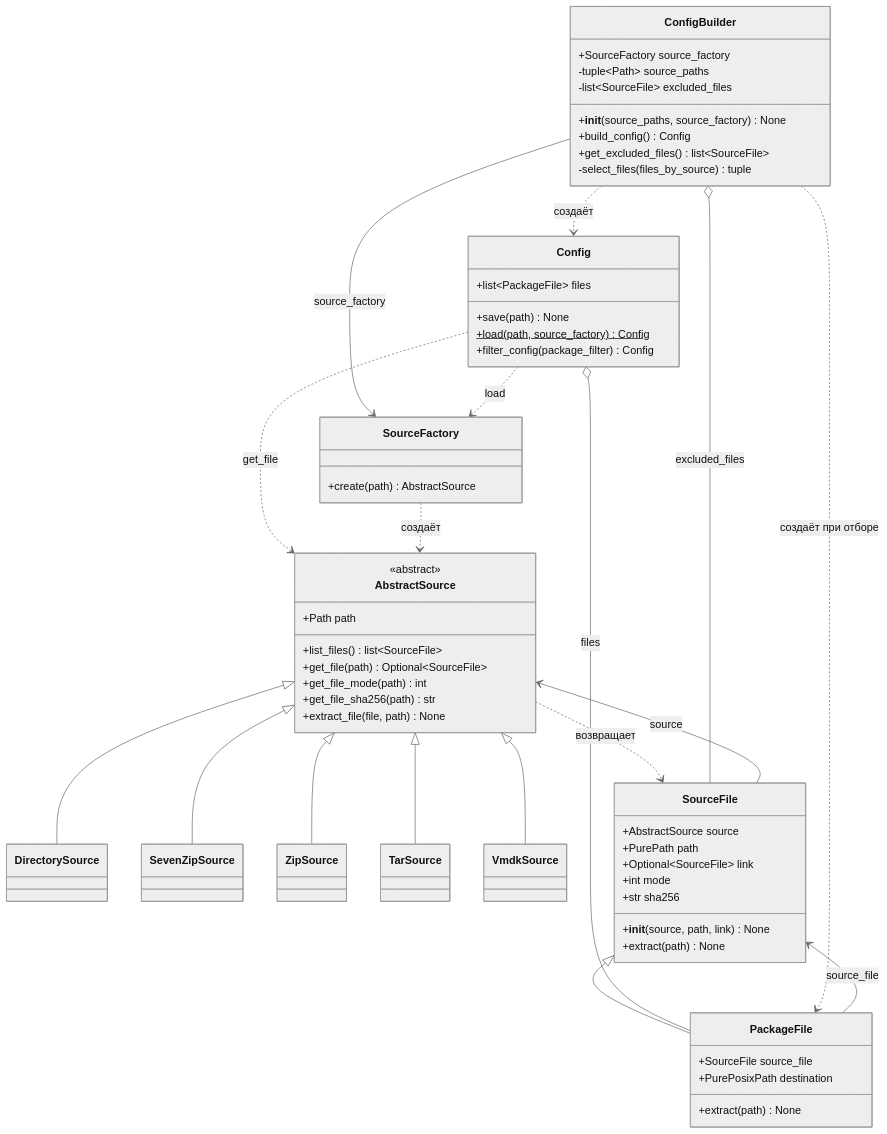
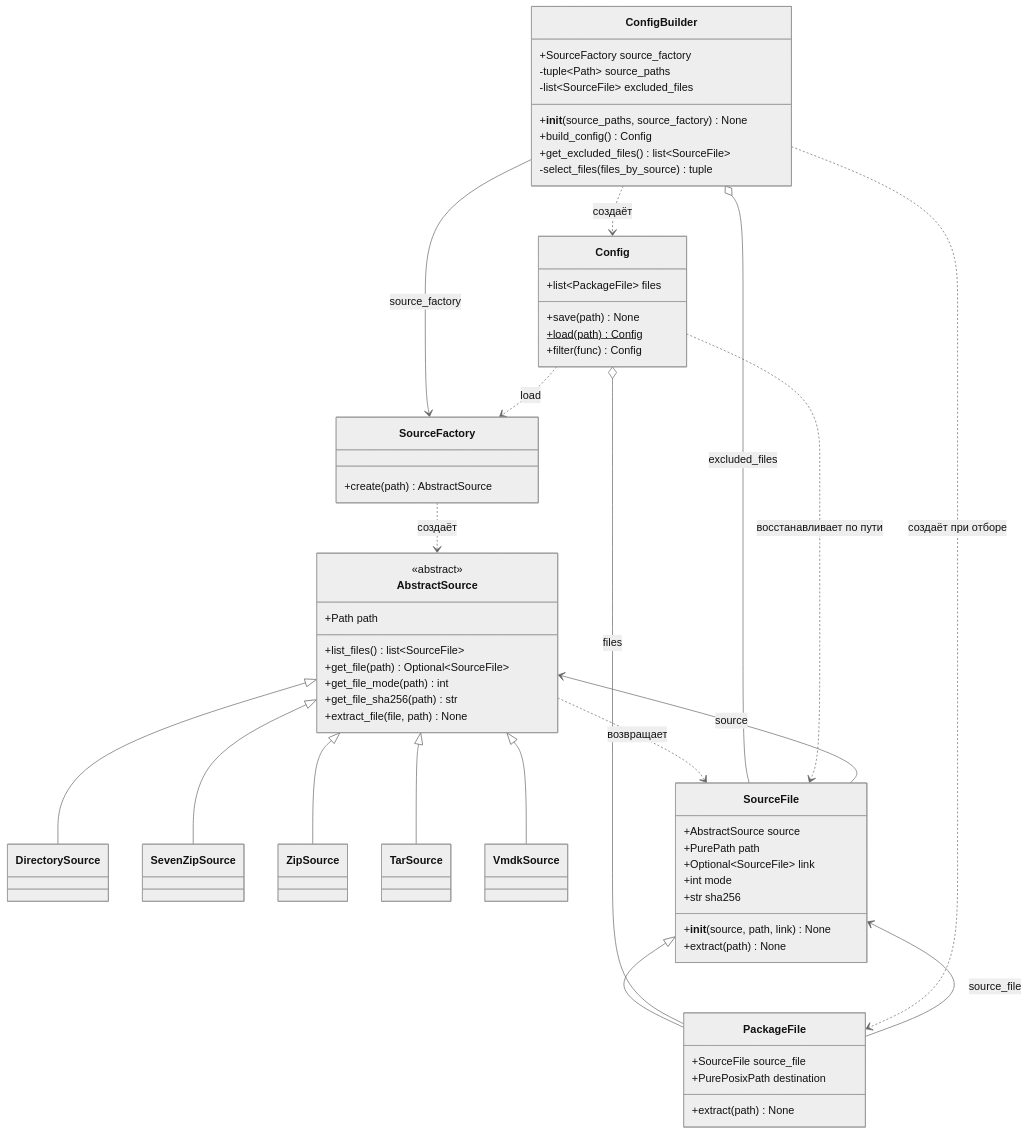
The first of 2 diagrams in research/package-builder-file-flow.ru.md (CPiracy/PWServer), drawn with Mermaid (neutral theme) before and after one commit. The commit also changed other lines of this file, not shown here.

Commit message:
Update package builder config documentation

````diff
--- a/research/package-builder-file-flow.ru.md
+++ b/research/package-builder-file-flow.ru.md
@@ -7,76 +7,76 @@
 ```mermaid
 classDiagram
     direction TB
 
     class AbstractSource {
         <<abstract>>
         +Path path
         +list_files() list~SourceFile~
         +get_file(path) Optional~SourceFile~
         +get_file_mode(path) int
         +get_file_sha256(path) str
         +extract_file(file, path) None
     }
 
     class DirectorySource
     class SevenZipSource
     class ZipSource
     class TarSource
     class VmdkSource
 
     class SourceFile {
         +__init__(source, path, link) None
         +AbstractSource source
         +PurePath path
         +Optional~SourceFile~ link
         +int mode
         +str sha256
         +extract(path) None
     }
 
 
     class PackageFile {
         +SourceFile source_file
         +PurePosixPath destination
         +extract(path) None
     }
 
     class ConfigBuilder {
         +SourceFactory source_factory
         -tuple~Path~ source_paths
         -list~SourceFile~ excluded_files
         +__init__(source_paths, source_factory) None
         +build_config() Config
         +get_excluded_files() list~SourceFile~
         -select_files(files_by_source) tuple
     }
 
     class Config {
         +list~PackageFile~ files
         +save(path) None
-        +load(path, source_factory) Config$
-        +filter_config(package_filter) Config
+        +load(path) Config$
+        +filter(func) Config
     }
 
     class SourceFactory {
         +create(path) AbstractSource
     }
 
     AbstractSource <|-- DirectorySource
     AbstractSource <|-- SevenZipSource
     AbstractSource <|-- ZipSource
     AbstractSource <|-- TarSource
     AbstractSource <|-- VmdkSource
     SourceFile <|-- PackageFile
     AbstractSource ..> SourceFile : возвращает
     SourceFile --> AbstractSource : source
     PackageFile --> SourceFile : source_file
     Config o-- PackageFile : files
     ConfigBuilder o-- SourceFile : excluded_files
     ConfigBuilder ..> PackageFile : создаёт при отборе
     ConfigBuilder --> SourceFactory : source_factory
     ConfigBuilder ..> Config : создаёт
     Config ..> SourceFactory : load
-    Config ..> AbstractSource : get_file
+    Config ..> SourceFile : восстанавливает по пути
     SourceFactory ..> AbstractSource : создаёт
 ```
````
